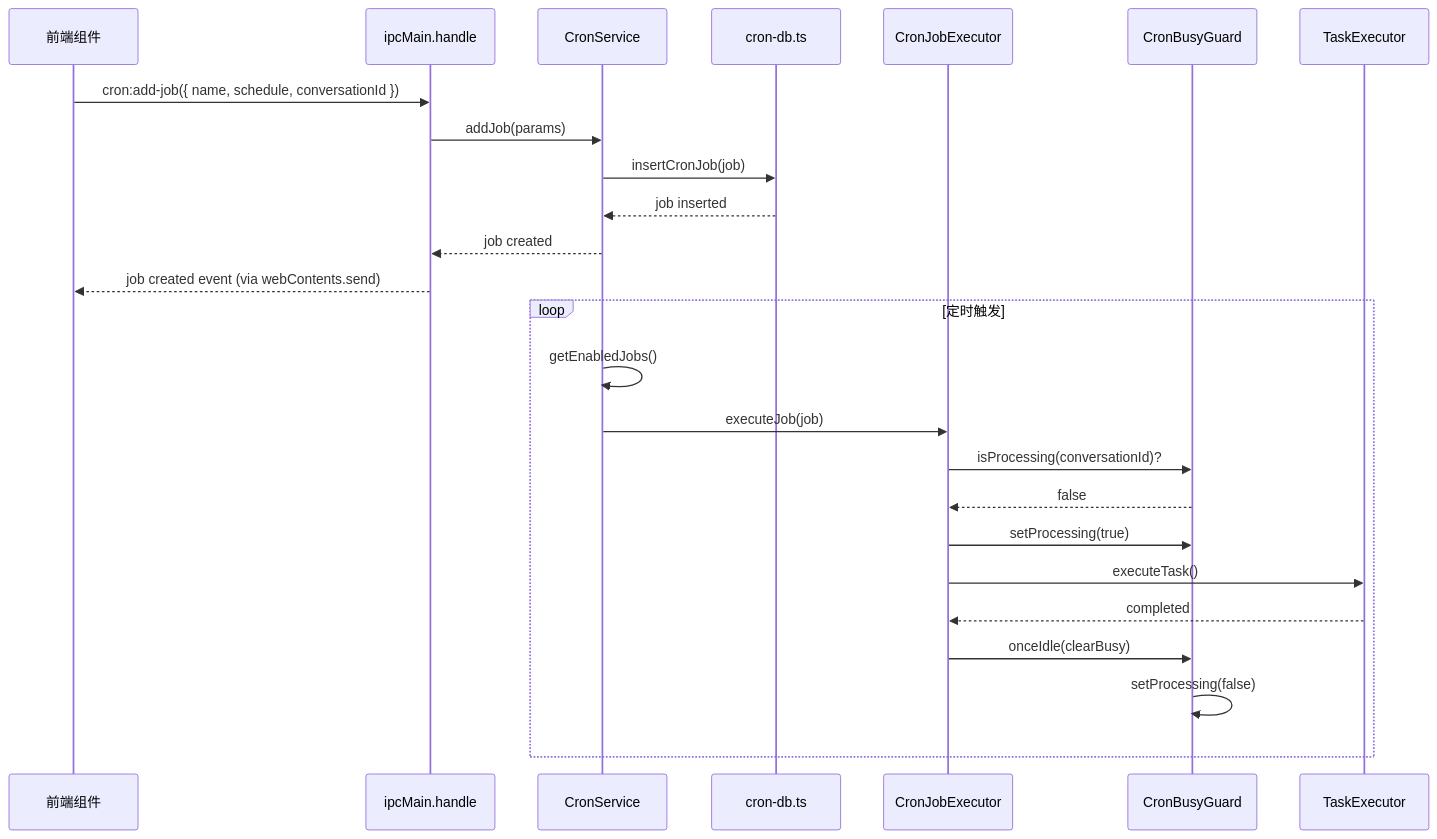
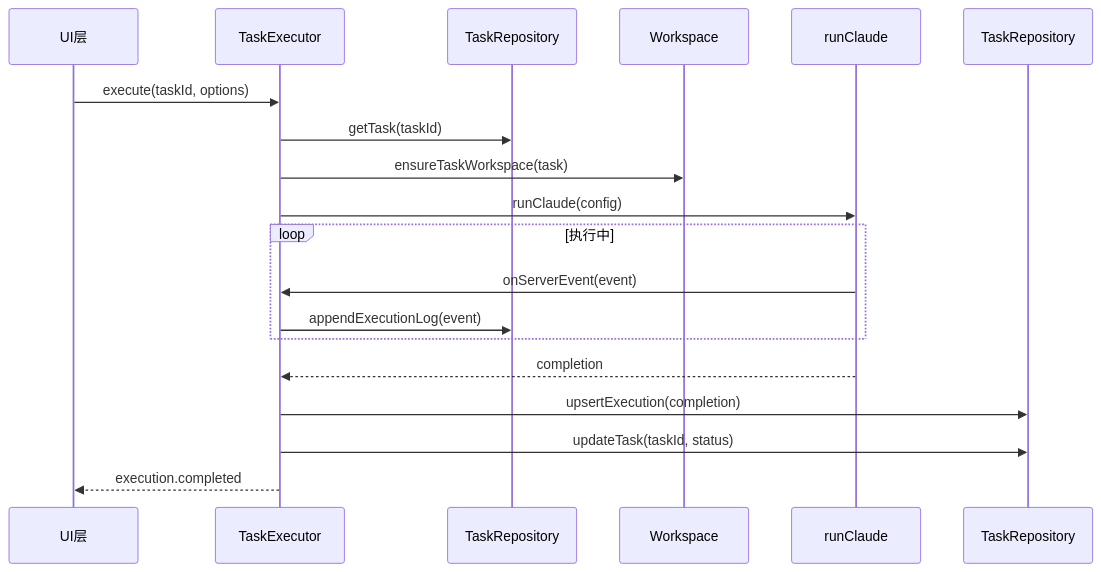
One commit to lst016/tech-cc-hub changed the third of 3 diagrams in .tech/repowiki/zh/content/核心模块规格/任务与调度系统总览.md. Above: the diagram before and after it, drawn with Mermaid. The commit also changed other lines of this file and 195 other files, not shown here.

````diff
--- a/.tech/repowiki/zh/content/核心模块规格/任务与调度系统总览.md
+++ b/.tech/repowiki/zh/content/核心模块规格/任务与调度系统总览.md
@@ -338,29 +189,22 @@
 ```mermaid
 sequenceDiagram
-    participant UI as 前端组件
-    participant IPC as ipcMain.handle
-    participant Service as CronService
-    participant DB as cron-db.ts
-    participant Executor as CronJobExecutor
-    participant Guard as CronBusyGuard
-    participant Task as TaskExecutor
+    participant UI as UI层
+    participant EXE as TaskExecutor
+    participant REPO as TaskRepository
+    participant WORKSPACE as Workspace
+    participant RUNNER as runClaude
+    participant REPO2 as TaskRepository
 
-    UI->>IPC: cron:add-job({ name, schedule, conversationId })
-    IPC->>Service: addJob(params)
-    Service->>DB: insertCronJob(job)
-    DB-->>Service: job inserted
-    Service-->>IPC: job created
-    IPC-->>UI: job created event (via webContents.send)
-
-    loop 定时触发
-        Service->>Service: getEnabledJobs()
-        Service->>Executor: executeJob(job)
-        Executor->>Guard: isProcessing(conversationId)?
-        Guard-->>Executor: false
-        Executor->>Guard: setProcessing(true)
-        Executor->>Task: executeTask()
-        Task-->>Executor: completed
-        Executor->>Guard: onceIdle(clearBusy)
-        Guard->>Guard: setProcessing(false)
+    UI->>EXE: execute(taskId, options)
+    EXE->>REPO: getTask(taskId)
+    EXE->>WORKSPACE: ensureTaskWorkspace(task)
+    EXE->>RUNNER: runClaude(config)
+    loop 执行中
+        RUNNER->>EXE: onServerEvent(event)
+        EXE->>REPO: appendExecutionLog(event)
     end
+    RUNNER-->>EXE: completion
+    EXE->>REPO2: upsertExecution(completion)
+    EXE->>REPO2: updateTask(taskId, status)
+    EXE-->>UI: execution.completed
 ```
````
